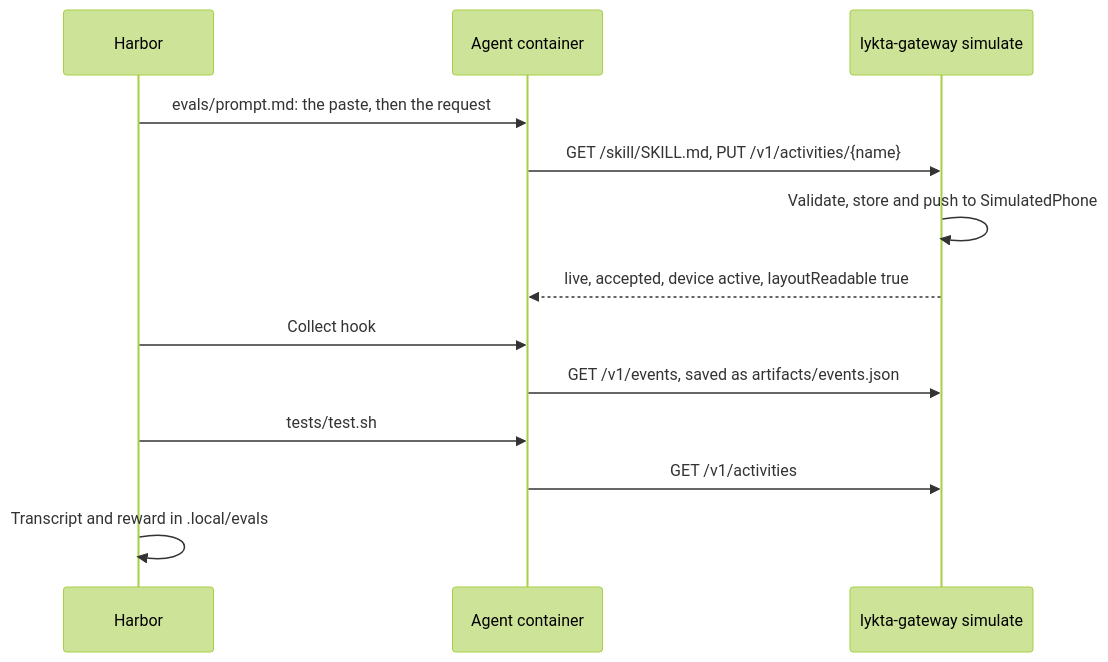
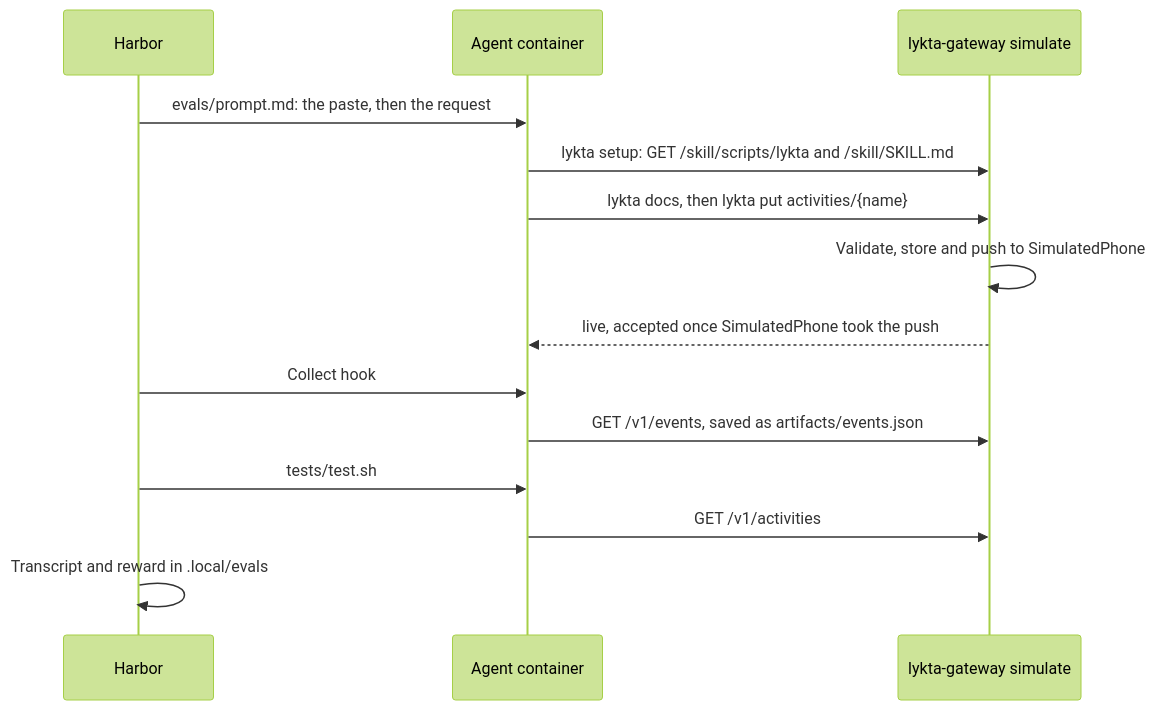
Before and after one commit to emileberhard/Lykta: the diagram in docs/evals.md, drawn with Mermaid (forest theme). The commit also changed other lines of this file and 20 other files, not shown here.

````diff
--- a/docs/evals.md
+++ b/docs/evals.md
@@ -89,15 +95,16 @@
 ```mermaid
 sequenceDiagram
     participant H as Harbor
     participant A as Agent container
     participant G as lykta-gateway simulate
     H->>A: evals/prompt.md: the paste, then the request
-    A->>G: GET /skill/SKILL.md, PUT /v1/activities/{name}
+    A->>G: lykta setup: GET /skill/scripts/lykta and /skill/SKILL.md
+    A->>G: lykta docs, then lykta put activities/{name}
     G->>G: Validate, store and push to SimulatedPhone
-    G-->>A: live, accepted, device active, layoutReadable true
+    G-->>A: live, accepted once SimulatedPhone took the push
     H->>A: Collect hook
     A->>G: GET /v1/events, saved as artifacts/events.json
     H->>A: tests/test.sh
     A->>G: GET /v1/activities
     H->>H: Transcript and reward in .local/evals
 ```
````
